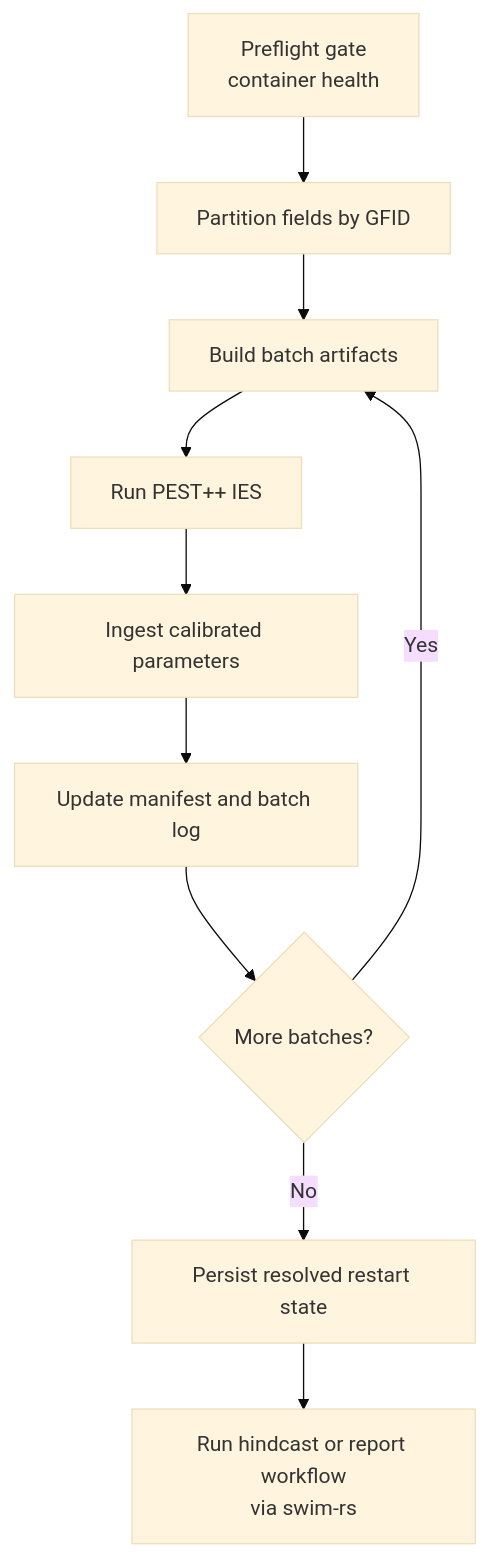
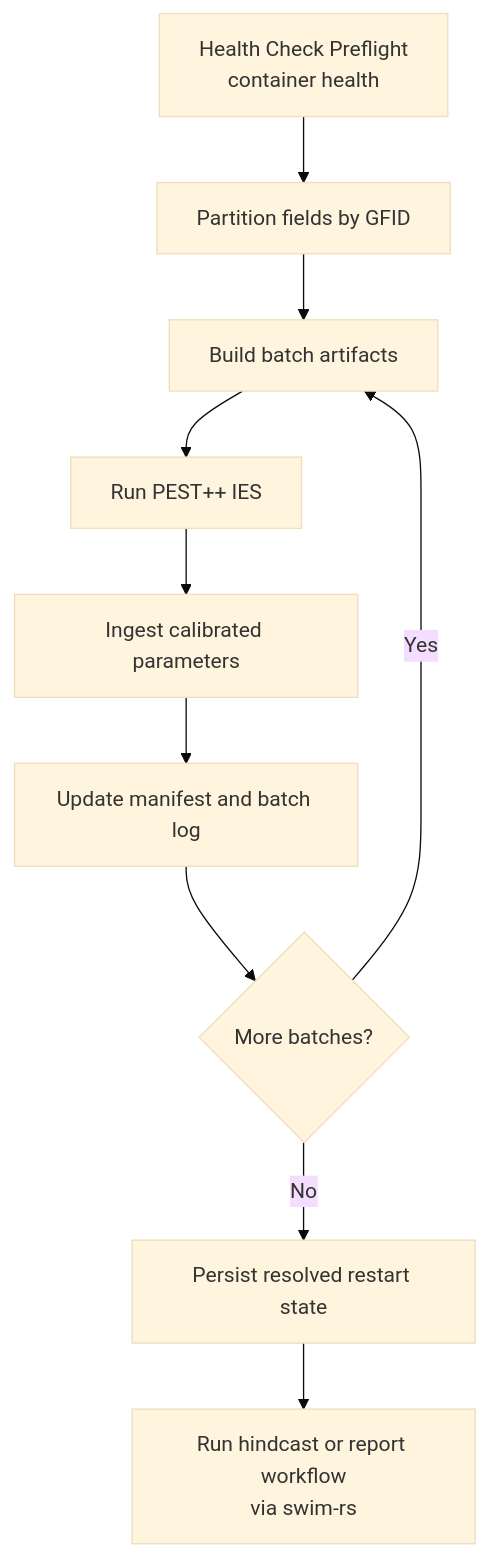
Before and after one commit to dgketchum/swim-mtdnrc: the diagram in docs/workflows/tongue-calibration.md, drawn with Mermaid (base theme). The commit also changed other lines of this file and 1 other file, not shown here.

````diff
--- a/docs/workflows/tongue-calibration.md
+++ b/docs/workflows/tongue-calibration.md
@@ -11,12 +12,12 @@
 ```mermaid
 flowchart TD
-    GATE["Preflight gate<br/>container health"] --> PART["Partition fields by GFID"]
+    GATE["Health Check Preflight<br/>container health"] --> PART["Partition fields by GFID"]
     PART --> BUILD["Build batch artifacts"]
     BUILD --> RUN["Run PEST++ IES"]
     RUN --> ING["Ingest calibrated parameters"]
     ING --> LOG["Update manifest and batch log"]
     LOG --> NEXT{"More batches?"}
     NEXT -->|Yes| BUILD
     NEXT -->|No| RES["Persist resolved restart state"]
     RES --> HIND["Run hindcast or report workflow<br/>via swim-rs"]
 ```
````
